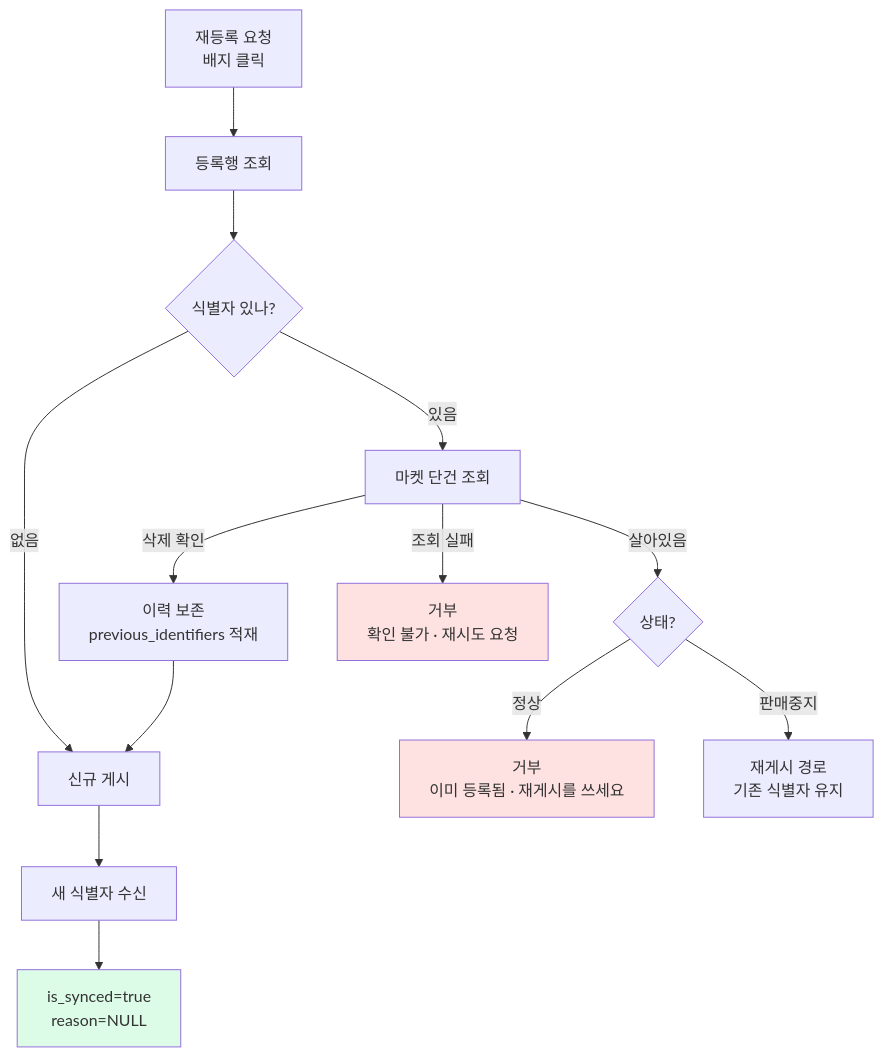
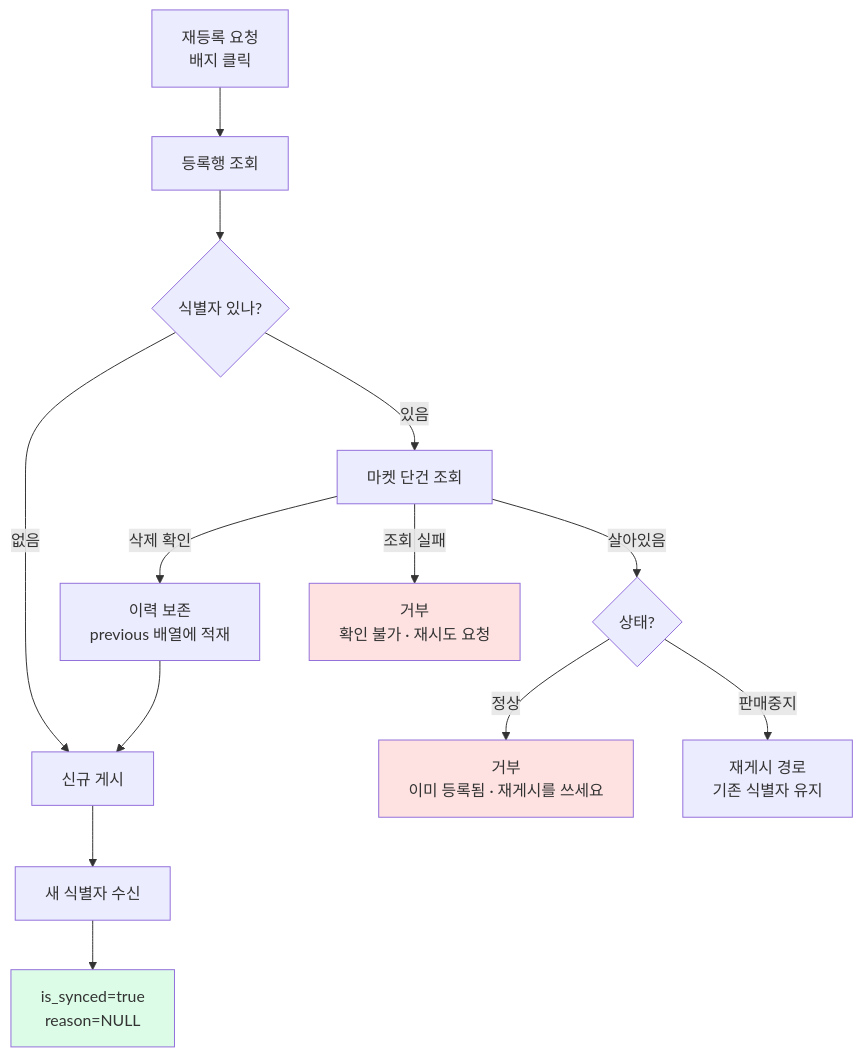
Before and after one commit to goottjason/sbshop-agent: the sixth of 8 diagrams in docs/normalize/deepdive/product-lifecycle-target.md, drawn with Mermaid. The commit also changed other lines of this file and 1 other file, not shown here.

````diff
--- a/docs/normalize/deepdive/product-lifecycle-target.md
+++ b/docs/normalize/deepdive/product-lifecycle-target.md
@@ -212,19 +404,19 @@
 ```mermaid
 flowchart TD
     A[재등록 요청<br/>배지 클릭] --> B[등록행 조회]
     B --> C{식별자 있나?}
     C -->|없음| D[신규 게시]
     C -->|있음| E[마켓 단건 조회]
     E -->|살아있음| F{상태?}
     F -->|정상| G[거부<br/>이미 등록됨 · 재게시를 쓰세요]
     F -->|판매중지| H[재게시 경로<br/>기존 식별자 유지]
-    E -->|삭제 확인| I[이력 보존<br/>previous_identifiers 적재]
+    E -->|삭제 확인| I[이력 보존<br/>previous 배열에 적재]
     E -->|조회 실패| J[거부<br/>확인 불가 · 재시도 요청]
     I --> D
     D --> K[새 식별자 수신]
     K --> L[is_synced=true<br/>reason=NULL]
 
     style G fill:#fee2e2
     style J fill:#fee2e2
     style L fill:#dcfce7
 ```
````
